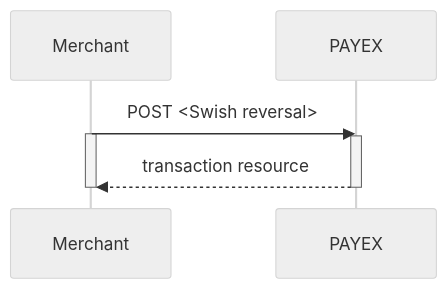
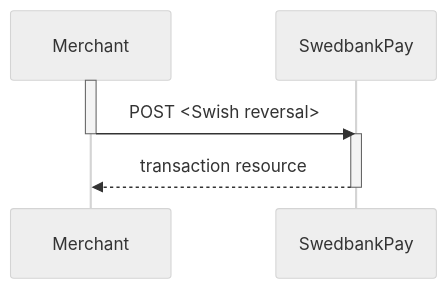
Before and after one commit to SwedbankPay/developer.swedbankpay.com: the diagram in payments/swish/after-payment.md, drawn with Mermaid (neutral theme). The commit also changed other lines of this file and 4 other files, not shown here.

Commit message:
DX-415 Indent fix, typo fix, diagram fix

````diff
--- a/payments/swish/after-payment.md
+++ b/payments/swish/after-payment.md
@@ -571,9 +571,7 @@
 ```mermaid
 sequenceDiagram
-  Merchant->>PAYEX: POST <Swish reversal>
-  Activate Merchant
-  Activate PAYEX
-  PAYEX-->>Merchant: transaction resource
-  Deactivate PAYEX
-  Deactivate Merchant
+  activate Merchant
+  Merchant->>-SwedbankPay: POST <Swish reversal>
+  activate SwedbankPay
+  SwedbankPay-->>-Merchant: transaction resource
 ```
````
